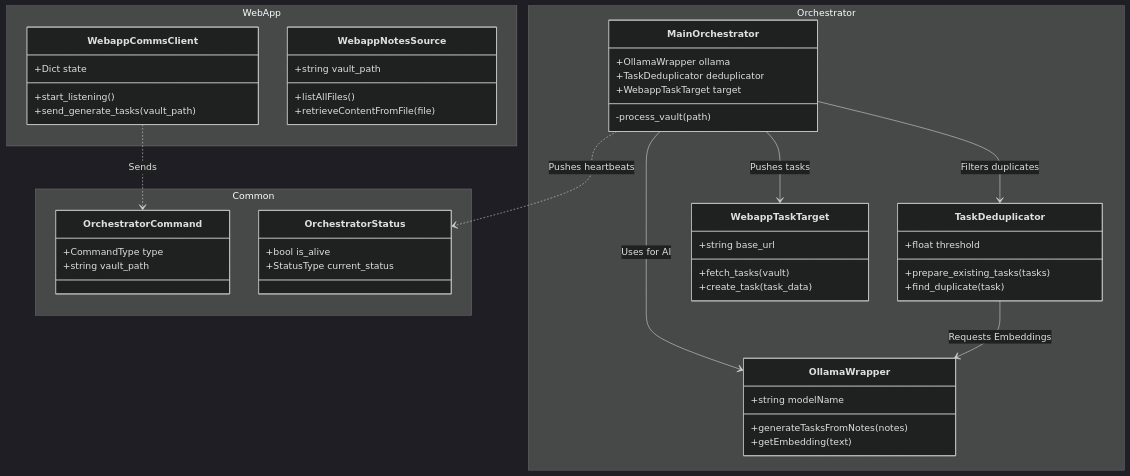
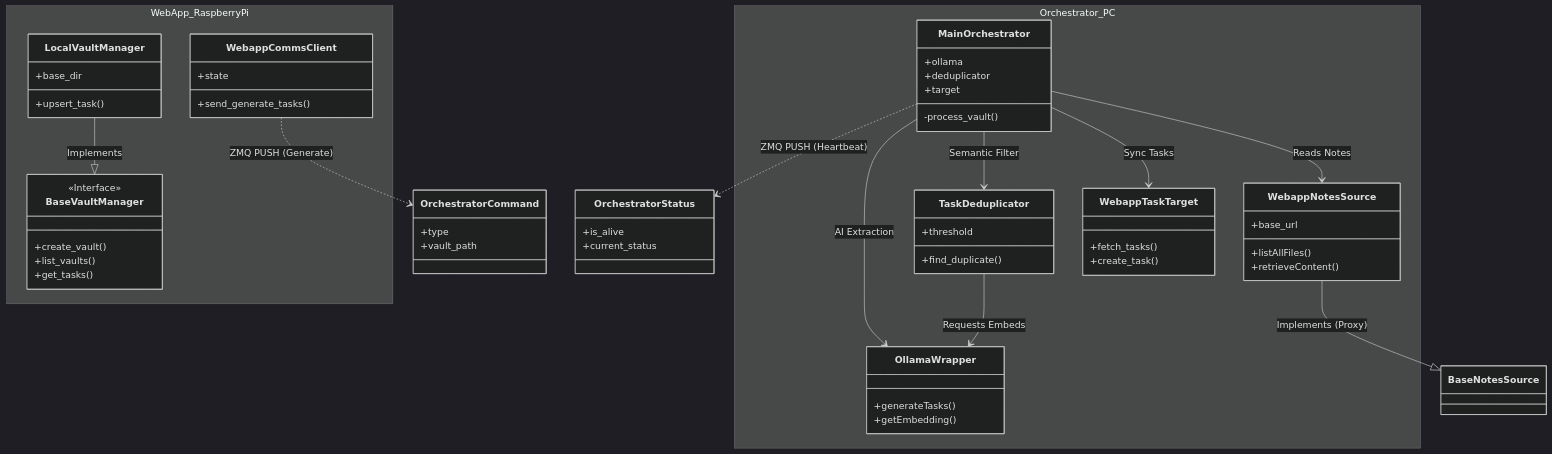
One commit to sappyh/OllamaTaskCreator changed the diagram in Architecture.md. Above: the diagram before and after it, drawn with Mermaid (dark theme). The commit also changed other lines of this file and 3 other files, not shown here.

````diff
--- a/Architecture.md
+++ b/Architecture.md
@@ -16,57 +16,68 @@
 ```mermaid
 classDiagram
-    namespace Common {
-        class OrchestratorCommand {
-            +CommandType type
-            +string vault_path
+    class OrchestratorCommand {
+        +type
+        +vault_path
+    }
+    class OrchestratorStatus {
+        +is_alive
+        +current_status
+    }
+
+    namespace WebApp_RaspberryPi {
+        class BaseVaultManager {
+            <<Interface>>
+            +create_vault()
+            +list_vaults()
+            +get_tasks()
         }
-        class OrchestratorStatus {
-            +bool is_alive
-            +StatusType current_status
+        class LocalVaultManager {
+            +base_dir
+            +upsert_task()
+        }
+        class WebappCommsClient {
+            +state
+            +send_generate_tasks()
         }
     }
 
-    namespace WebApp {
-        class WebappCommsClient {
-            +Dict state
-            +start_listening()
-            +send_generate_tasks(vault_path)
+    namespace Orchestrator_PC {
+        class MainOrchestrator {
+            +ollama
+            +deduplicator
+            +target
+            -process_vault()
         }
         class WebappNotesSource {
-            +string vault_path
+            +base_url
             +listAllFiles()
-            +retrieveContentFromFile(file)
+            +retrieveContent()
+        }
+        class OllamaWrapper {
+            +generateTasks()
+            +getEmbedding()
+        }
+        class TaskDeduplicator {
+            +threshold
+            +find_duplicate()
+        }
+        class WebappTaskTarget {
+            +fetch_tasks()
+            +create_task()
         }
     }
 
-    namespace Orchestrator {
-        class MainOrchestrator {
-            +OllamaWrapper ollama
-            +TaskDeduplicator deduplicator
-            +WebappTaskTarget target
-            -process_vault(path)
-        }
-        class OllamaWrapper {
-            +string modelName
-            +generateTasksFromNotes(notes)
-            +getEmbedding(text)
-        }
-        class TaskDeduplicator {
-            +float threshold
-            +prepare_existing_tasks(tasks)
-            +find_duplicate(task)
-        }
-        class WebappTaskTarget {
-            +string base_url
-            +fetch_tasks(vault)
-            +create_task(task_data)
-        }
-    }
+    %% Control Channel (ZMQ/Protobuf)
+    WebappCommsClient ..> OrchestratorCommand : ZMQ PUSH (Generate)
+    MainOrchestrator ..> OrchestratorStatus : ZMQ PUSH (Heartbeat)
 
-    WebappCommsClient ..> OrchestratorCommand : Sends
-    MainOrchestrator ..> OrchestratorStatus : Pushes heartbeats
-    MainOrchestrator --> OllamaWrapper : Uses for AI
-    MainOrchestrator --> TaskDeduplicator : Filters duplicates
-    MainOrchestrator --> WebappTaskTarget : Pushes tasks
-    TaskDeduplicator --> OllamaWrapper : Requests Embeddings
+    %% Data Flow
+    MainOrchestrator --> WebappNotesSource : Reads Notes
+    MainOrchestrator --> OllamaWrapper : AI Extraction
+    MainOrchestrator --> TaskDeduplicator : Semantic Filter
+    MainOrchestrator --> WebappTaskTarget : Sync Tasks
+    
+    LocalVaultManager --|> BaseVaultManager : Implements
+    WebappNotesSource --|> BaseNotesSource : Implements (Proxy)
+    TaskDeduplicator --> OllamaWrapper : Requests Embeds
 ```
````
